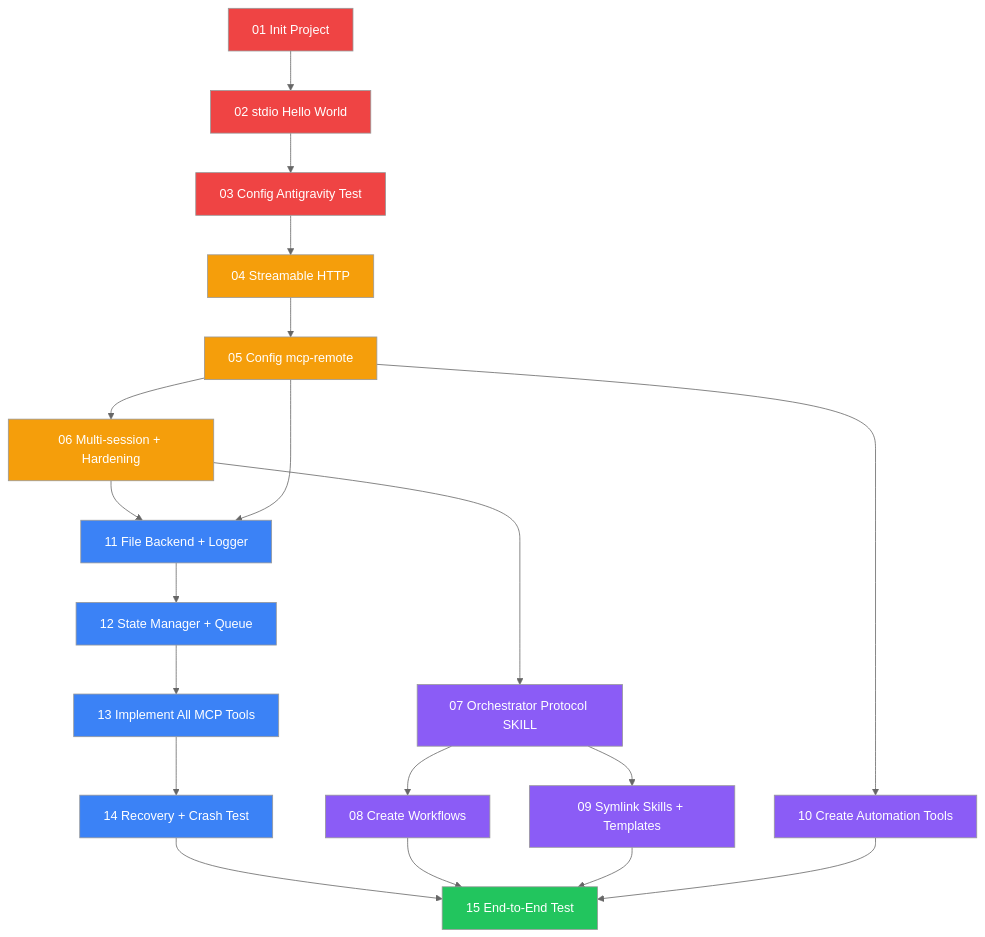
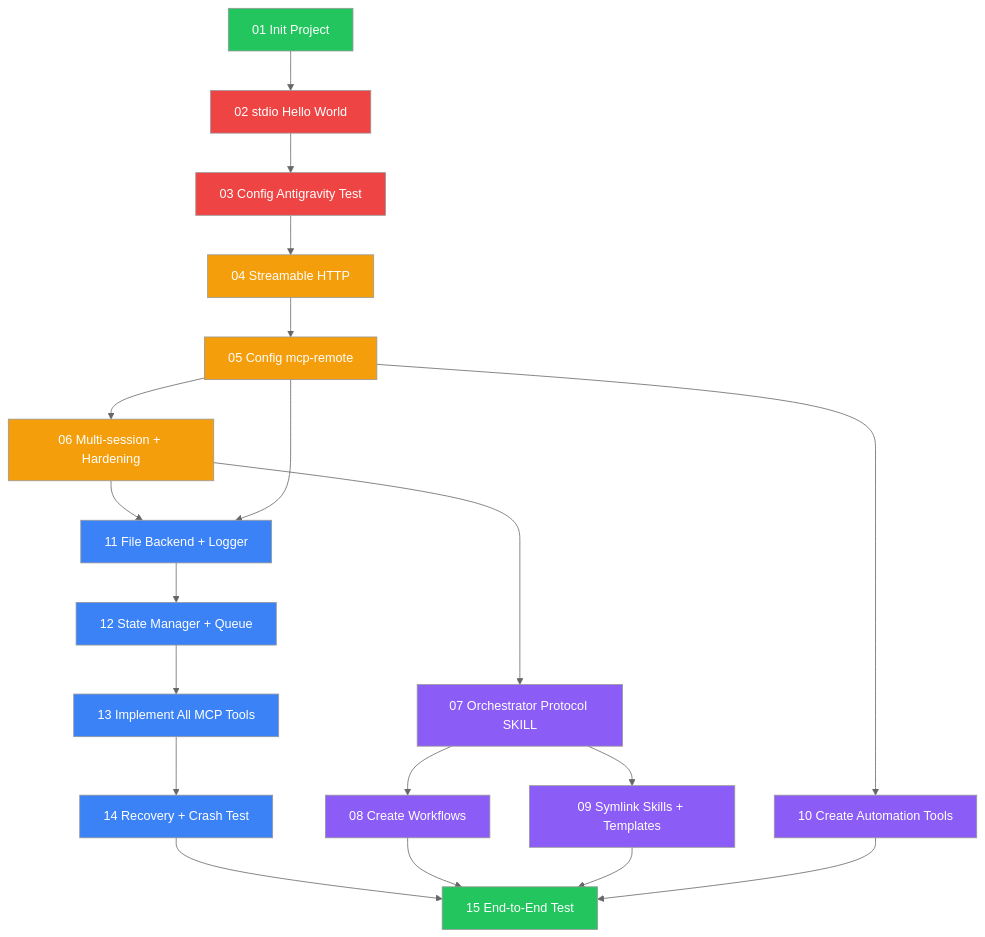
Before and after one commit to qthan1004/agent-orchestrator: the diagram in tasks/README.md, drawn with Mermaid (neutral theme). The commit also changed other lines of this file and 6 other files, not shown here.

````diff
--- a/tasks/README.md
+++ b/tasks/README.md
@@ -9,40 +9,40 @@
 ```mermaid
 graph TD
     T01["01 Init Project"] --> T02["02 stdio Hello World"]
     T02 --> T03["03 Config Antigravity Test"]
     T03 --> T04["04 Streamable HTTP"]
     T04 --> T05["05 Config mcp-remote"]
     T05 --> T06["06 Multi-session + Hardening"]
 
     T06 --> T07["07 Orchestrator Protocol SKILL"]
     T07 --> T08["08 Create Workflows"]
     T07 --> T09["09 Symlink Skills + Templates"]
     T05 --> T10["10 Create Automation Tools"]
 
     T06 --> T11["11 File Backend + Logger"]
     T05 --> T11
     T11 --> T12["12 State Manager + Queue"]
     T12 --> T13["13 Implement All MCP Tools"]
     T13 --> T14["14 Recovery + Crash Test"]
 
     T14 --> T15["15 End-to-End Test"]
     T08 --> T15
     T09 --> T15
     T10 --> T15
 
-    style T01 fill:#ef4444,color:#fff
+    style T01 fill:#22c55e,color:#fff
     style T02 fill:#ef4444,color:#fff
     style T03 fill:#ef4444,color:#fff
     style T04 fill:#f59e0b,color:#fff
     style T05 fill:#f59e0b,color:#fff
     style T06 fill:#f59e0b,color:#fff
     style T07 fill:#8b5cf6,color:#fff
     style T08 fill:#8b5cf6,color:#fff
     style T09 fill:#8b5cf6,color:#fff
     style T10 fill:#8b5cf6,color:#fff
     style T11 fill:#3b82f6,color:#fff
     style T12 fill:#3b82f6,color:#fff
     style T13 fill:#3b82f6,color:#fff
     style T14 fill:#3b82f6,color:#fff
     style T15 fill:#22c55e,color:#fff
 ```
````
